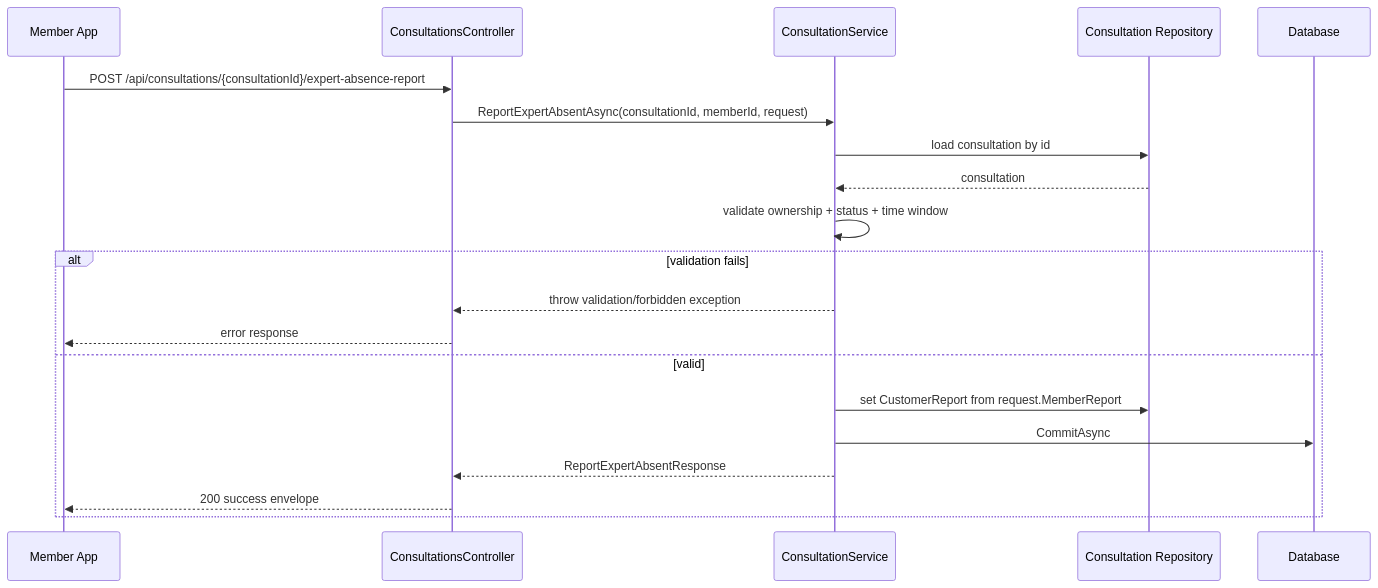
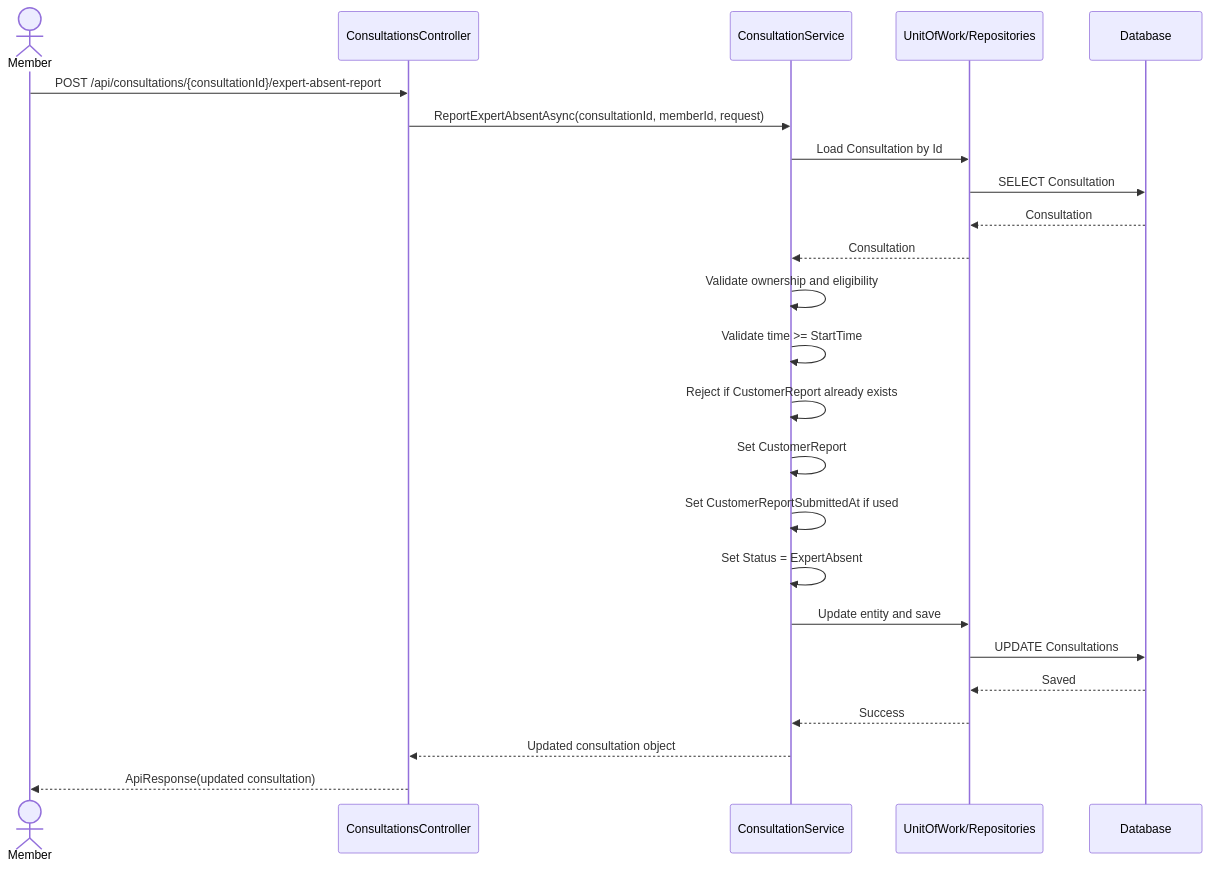
One commit to Snake-AID/SnakeAid.Docs changed the third of 4 diagrams in Docs/05-Backend/02-layers/consultation-expert-absent/consultation-expert-absent.sourcecode.md. Above: the diagram before and after it, drawn with Mermaid. The commit also changed other lines of this file and 4 other files, not shown here.

First line of the commit message:
Refactor Consultation Expert Absent Module Documentation

````diff
--- a/Docs/05-Backend/02-layers/consultation-expert-absent/consultation-expert-absent.sourcecode.md
+++ b/Docs/05-Backend/02-layers/consultation-expert-absent/consultation-expert-absent.sourcecode.md
@@ -244,24 +166,28 @@
 ```mermaid
 sequenceDiagram
-    participant MemberApp as Member App
+    actor Member
     participant API as ConsultationsController
     participant Service as ConsultationService
-    participant ConsultationRepo as Consultation Repository
+    participant Repo as UnitOfWork/Repositories
     participant DB as Database
 
-    MemberApp->>API: POST /api/consultations/{consultationId}/expert-absence-report
+    Member->>API: POST /api/consultations/{consultationId}/expert-absent-report
     API->>Service: ReportExpertAbsentAsync(consultationId, memberId, request)
-    Service->>ConsultationRepo: load consultation by id
-    ConsultationRepo-->>Service: consultation
+    Service->>Repo: Load Consultation by Id
+    Repo->>DB: SELECT Consultation
+    DB-->>Repo: Consultation
+    Repo-->>Service: Consultation
 
-    Service->>Service: validate ownership + status + time window
-    alt validation fails
-        Service-->>API: throw validation/forbidden exception
-        API-->>MemberApp: error response
-    else valid
-        Service->>ConsultationRepo: set CustomerReport from request.MemberReport
-        Service->>DB: CommitAsync
-        Service-->>API: ReportExpertAbsentResponse
-        API-->>MemberApp: 200 success envelope
-    end
+    Service->>Service: Validate ownership and eligibility
+    Service->>Service: Validate time >= StartTime
+    Service->>Service: Reject if CustomerReport already exists
+    Service->>Service: Set CustomerReport
+    Service->>Service: Set CustomerReportSubmittedAt if used
+    Service->>Service: Set Status = ExpertAbsent
+    Service->>Repo: Update entity and save
+    Repo->>DB: UPDATE Consultations
+    DB-->>Repo: Saved
+    Repo-->>Service: Success
+    Service-->>API: Updated consultation object
+    API-->>Member: ApiResponse(updated consultation)
 ```
````
